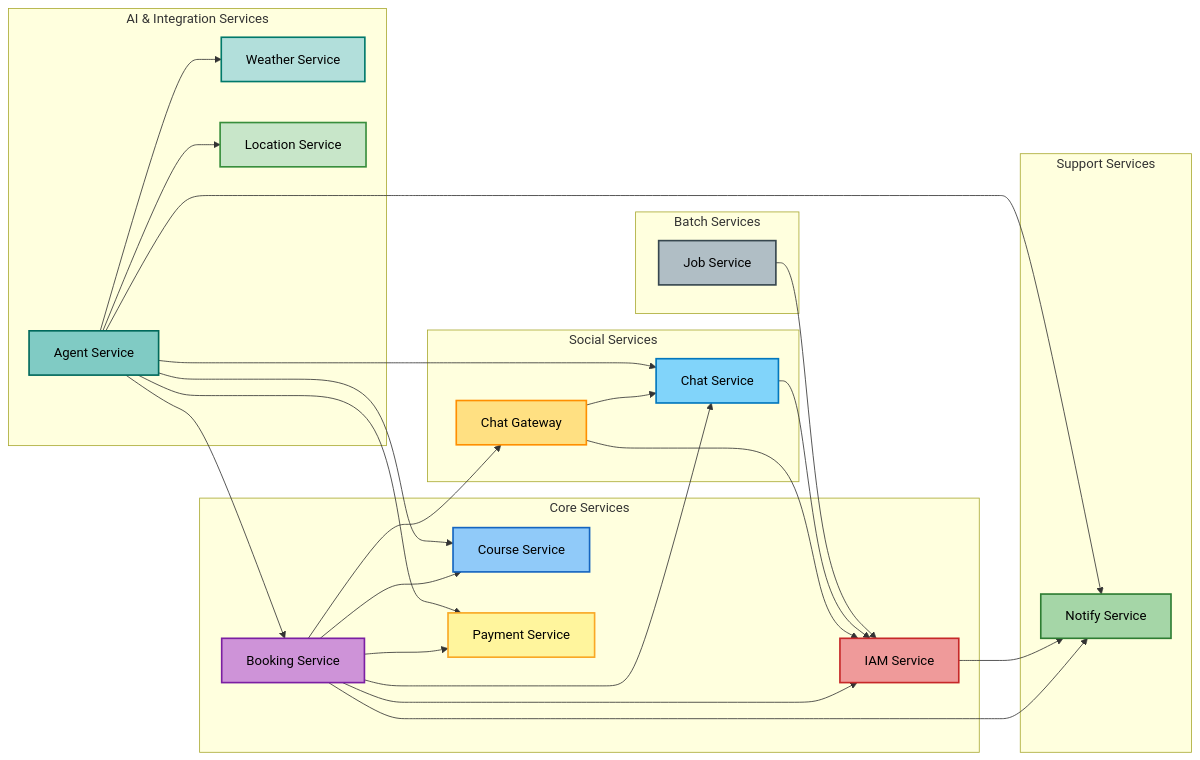
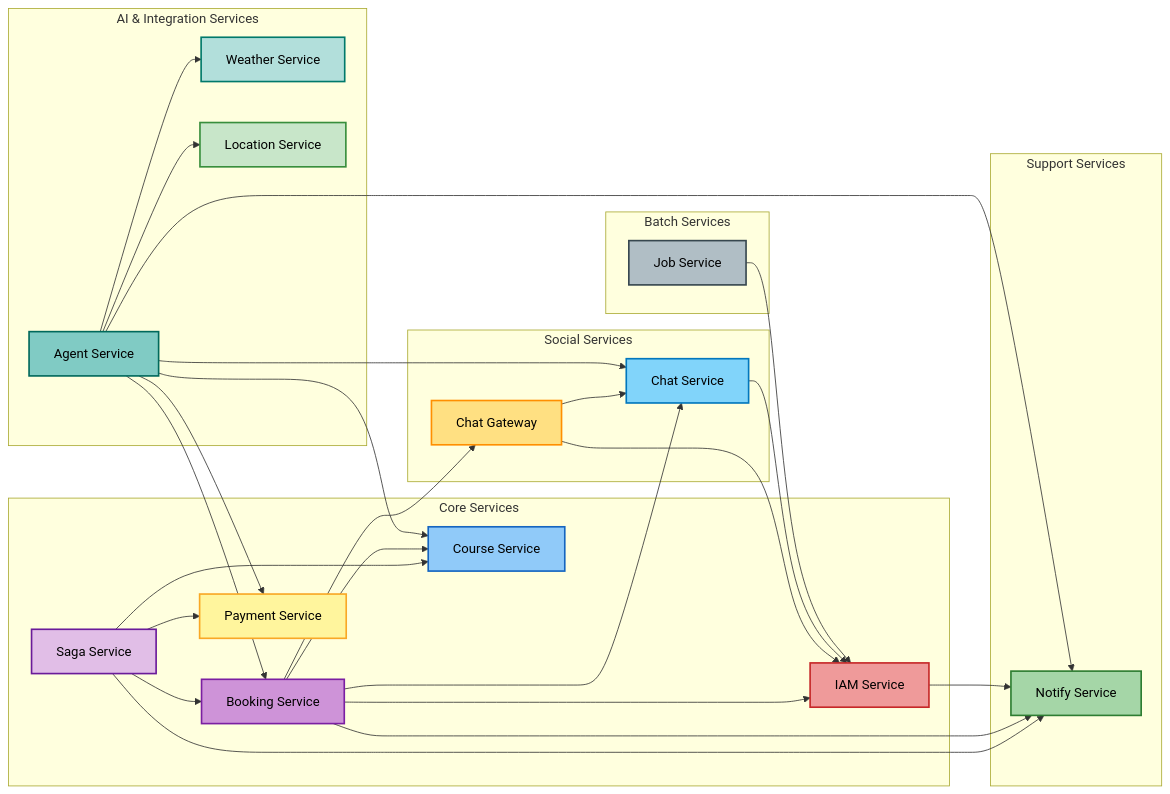
One commit to uniyous/parkgolf-platform changed the second of 6 diagrams in docs/architecture/SYSTEM.md. Above: the diagram before and after it, drawn with Mermaid. The commit also changed other lines of this file and 9 other files, not shown here.

First line of the commit message:
docs: saga-service 독립 분리에 따른 아키텍처/워크플로우 문서 현행화

````diff
--- a/docs/architecture/SYSTEM.md
+++ b/docs/architecture/SYSTEM.md
@@ -154,59 +157,64 @@
 ```mermaid
 graph LR
     subgraph "Core Services"
         IAM[IAM Service]
         COURSE[Course Service]
         BOOK[Booking Service]
+        SAGA[Saga Service]
         PAY[Payment Service]
     end
 
     subgraph "Social Services"
         CHAT[Chat Service]
         CHATGW[Chat Gateway]
     end
 
     subgraph "Support Services"
         NOTIFY[Notify Service]
     end
 
     subgraph "AI & Integration Services"
         AGENT[Agent Service]
         WEATHER[Weather Service]
         LOCATION[Location Service]
     end
 
     subgraph "Batch Services"
         JOB[Job Service]
     end
 
+    SAGA --> BOOK
+    SAGA --> COURSE
+    SAGA --> PAY
+    SAGA --> NOTIFY
     BOOK --> IAM
     BOOK --> COURSE
     BOOK --> NOTIFY
-    BOOK --> PAY
     IAM --> NOTIFY
     CHATGW --> CHAT
     CHATGW --> IAM
     CHAT --> IAM
     AGENT --> COURSE
     AGENT --> BOOK
     AGENT --> PAY
     AGENT --> WEATHER
     AGENT --> LOCATION
     AGENT --> CHAT
     AGENT --> NOTIFY
     BOOK --> CHAT
     BOOK --> CHATGW
     JOB --> IAM
 
     style IAM fill:#ef9a9a,stroke:#c62828,stroke-width:2px,color:#000
     style COURSE fill:#90caf9,stroke:#1565c0,stroke-width:2px,color:#000
     style BOOK fill:#ce93d8,stroke:#7b1fa2,stroke-width:2px,color:#000
+    style SAGA fill:#e1bee7,stroke:#6a1b9a,stroke-width:2px,color:#000
     style PAY fill:#fff59d,stroke:#f9a825,stroke-width:2px,color:#000
     style NOTIFY fill:#a5d6a7,stroke:#2e7d32,stroke-width:2px,color:#000
     style CHAT fill:#81d4fa,stroke:#0277bd,stroke-width:2px,color:#000
     style CHATGW fill:#ffe082,stroke:#ff8f00,stroke-width:2px,color:#000
     style AGENT fill:#80cbc4,stroke:#00695c,stroke-width:2px,color:#000
     style WEATHER fill:#b2dfdb,stroke:#00796b,stroke-width:2px,color:#000
     style LOCATION fill:#c8e6c9,stroke:#388e3c,stroke-width:2px,color:#000
     style JOB fill:#b0bec5,stroke:#37474f,stroke-width:2px,color:#000
 ```
````
